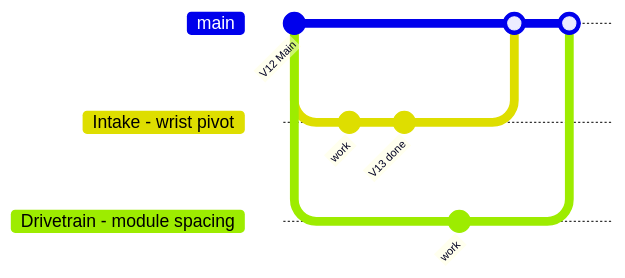
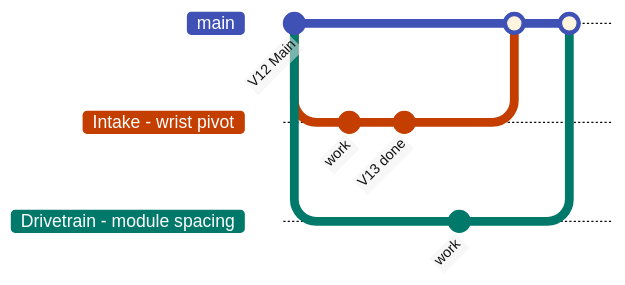
Before and after one commit to FRC-2928/DesignGuide: the diagram in docs/rules/02-branching.md, drawn with Mermaid. The commit also changed other lines of this file and 5 other files, not shown here.

````diff
--- a/docs/rules/02-branching.md
+++ b/docs/rules/02-branching.md
@@ -9,13 +9,25 @@
 ```mermaid
+%%{init: {
+  "theme": "base",
+  "themeVariables": {
+    "git0": "#3f51b5", "gitBranchLabel0": "#ffffff",
+    "git1": "#c43e00", "gitBranchLabel1": "#ffffff",
+    "git2": "#00796b", "gitBranchLabel2": "#ffffff",
+    "commitLabelColor": "#111111",
+    "commitLabelBackground": "#f0f0f0",
+    "commitLabelFontSize": "13px"
+  },
+  "themeCSS": ".commit-label-bkg { opacity: 1 !important; } .commit-label, .branch-label0, .branch-label1, .branch-label2 { font-weight: 600; }"
+}}%%
 gitGraph
     commit id: "V12 Main"
     branch "Intake - wrist pivot"
     commit id: "work"
     commit id: "V13 done"
     checkout main
     branch "Drivetrain - module spacing"
     commit id: "work "
     checkout main
     merge "Intake - wrist pivot"
     merge "Drivetrain - module spacing"
 ```
````
